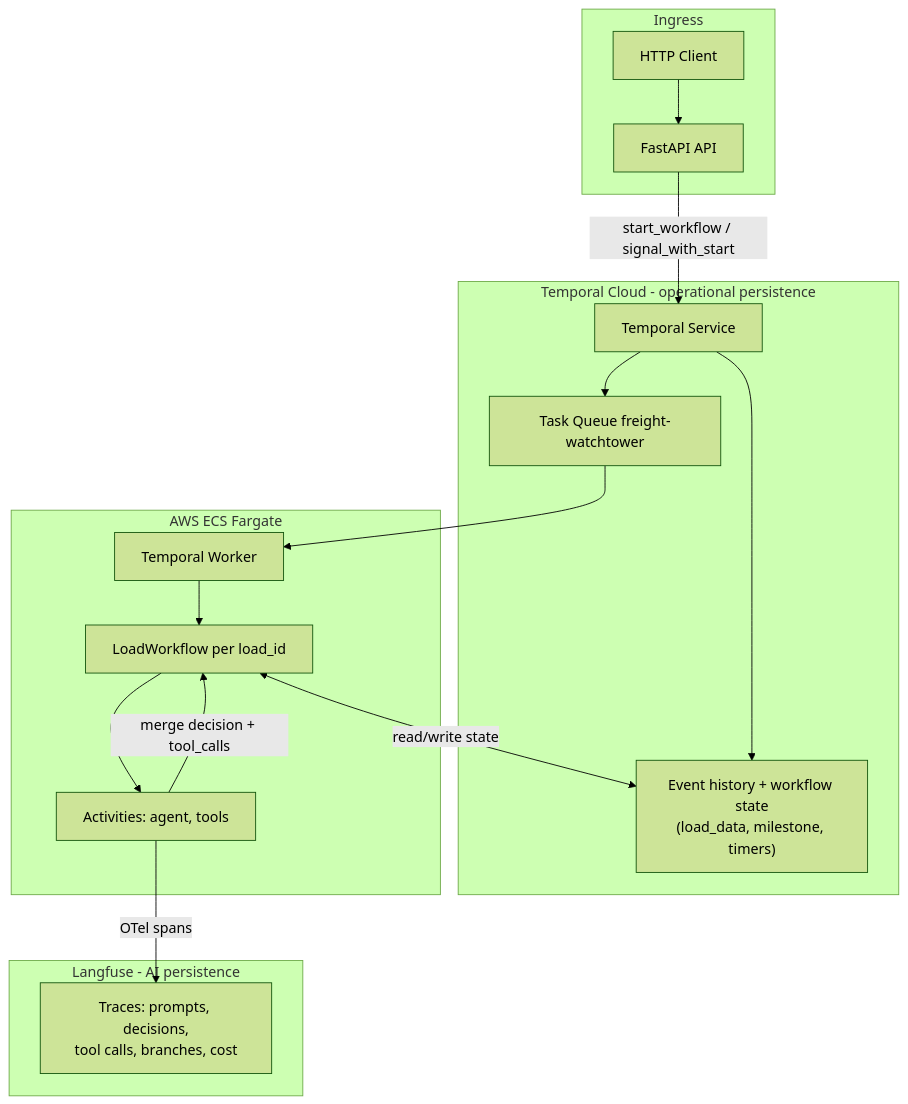
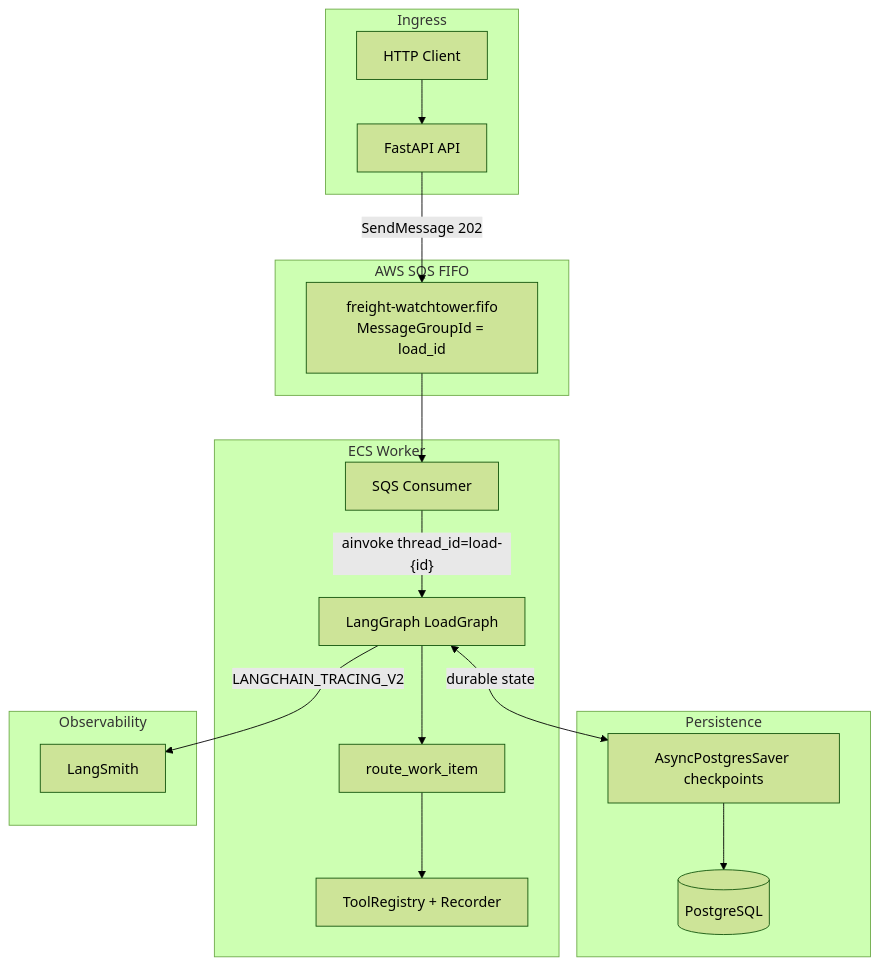
Before and after one commit to agualbbus/fh-challenge: the diagram in docs/research/implementation-spec.md, drawn with Mermaid (forest theme). The commit also changed other lines of this file and 78 other files, not shown here.

First line of the commit message:
Add .dockerignore and update .env.example for PostgreSQL and SQS configuration

````diff
--- a/docs/research/implementation-spec.md
+++ b/docs/research/implementation-spec.md
@@ -91,34 +89,37 @@
 ```mermaid
 flowchart TB
   subgraph ingress [Ingress]
     Client[HTTP Client]
     Api[FastAPI API]
   end
 
-  subgraph temporal [Temporal Cloud - operational persistence]
-    TC[Temporal Service]
-    TQ[Task Queue freight-watchtower]
-    History["Event history + workflow state\n(load_data, milestone, timers)"]
+  subgraph queue [AWS SQS FIFO]
+    Q["freight-watchtower.fifo\nMessageGroupId = load_id"]
   end
 
-  subgraph aws [AWS ECS Fargate]
-    Worker[Temporal Worker]
-    WF[LoadWorkflow per load_id]
-    Act["Activities: agent, tools"]
+  subgraph agent [ECS Worker]
+    Consumer[SQS Consumer]
+    Graph[LangGraph LoadGraph]
+    Router[route_work_item]
+    Tools[ToolRegistry + Recorder]
   end
 
-  subgraph langfuse [Langfuse - AI persistence]
-    Traces["Traces: prompts, decisions,\ntool calls, branches, cost"]
+  subgraph persist [Persistence]
+    PG[(PostgreSQL)]
+    CP[AsyncPostgresSaver checkpoints]
+  end
+
+  subgraph observe [Observability]
+    LS[LangSmith]
   end
 
   Client --> Api
-  Api -->|"start_workflow / signal_with_start"| TC
-  TC --> TQ
-  TC --> History
-  TQ --> Worker
-  Worker --> WF
-  WF <-->|"read/write state"| History
-  WF --> Act
-  Act -->|"OTel spans"| Traces
-  Act -->|"merge decision + tool_calls"| WF
+  Api -->|"SendMessage 202"| Q
+  Q --> Consumer
+  Consumer -->|"ainvoke thread_id=load-{id}"| Graph
+  Graph --> Router
+  Router --> Tools
+  Graph <-->|"durable state"| CP
+  CP --> PG
+  Graph -->|"LANGCHAIN_TRACING_V2"| LS
 ```
````
